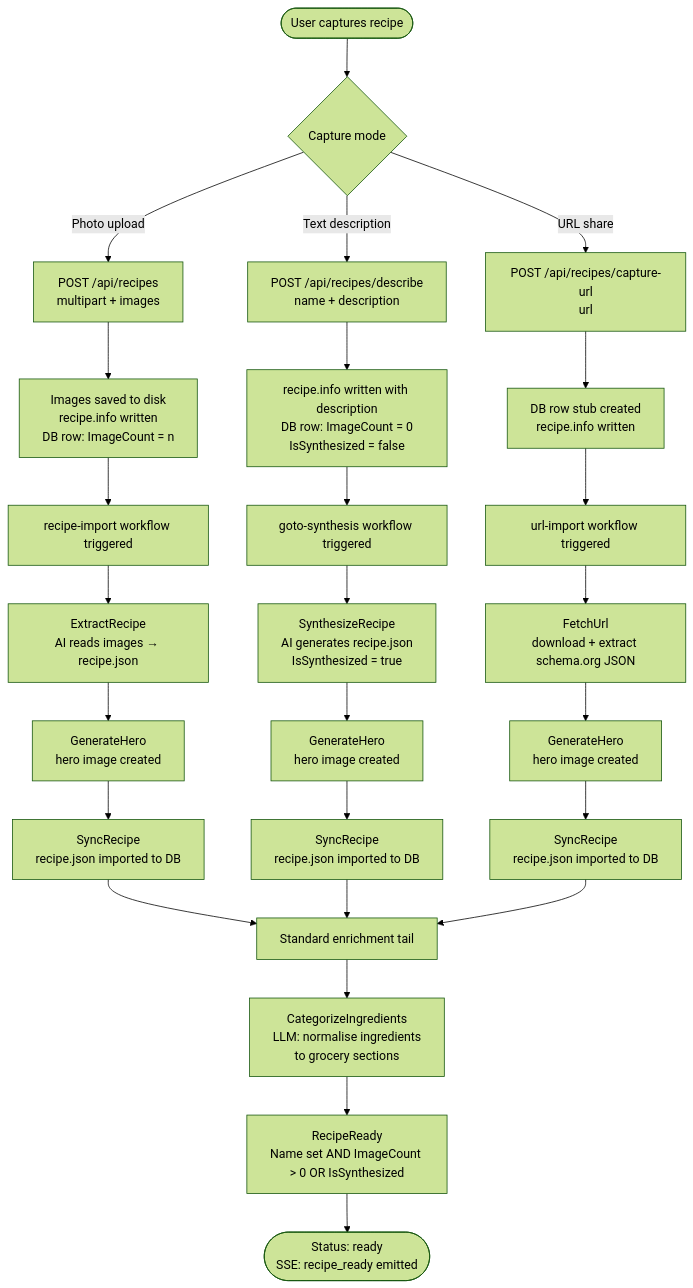
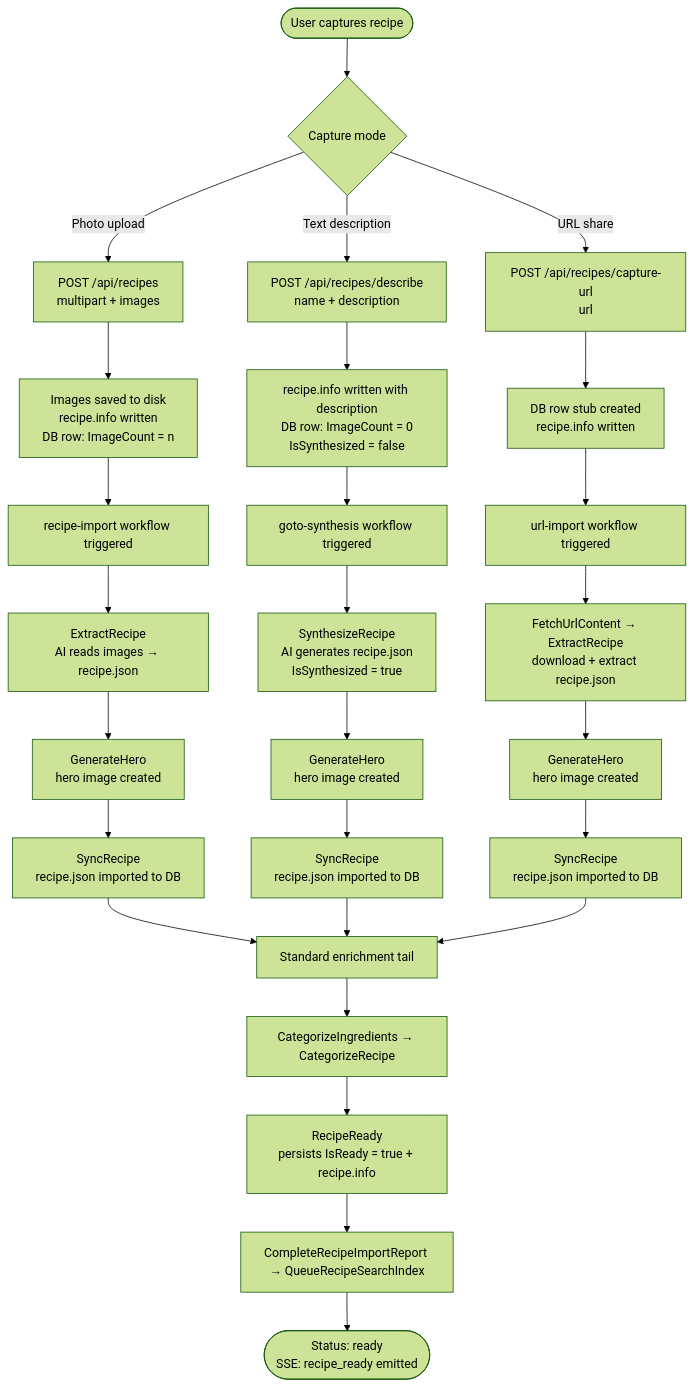
The diagram in docs/flows/data-flows/recipe-readiness.md (AlexandreBrisebois/whats-for-supper), drawn with Mermaid (forest theme) before and after one commit. The commit also changed other lines of this file and 280 other files, not shown here.

````diff
--- a/docs/flows/data-flows/recipe-readiness.md
+++ b/docs/flows/data-flows/recipe-readiness.md
@@ -58,37 +64,38 @@
 ```mermaid
 flowchart TD
     A([User captures recipe]) --> B{Capture mode}
 
     B -->|Photo upload| C[POST /api/recipes\nmultipart + images]
     B -->|Text description| D[POST /api/recipes/describe\nname + description]
     B -->|URL share| E[POST /api/recipes/capture-url\nurl]
 
     C --> C1[Images saved to disk\nrecipe.info written\nDB row: ImageCount = n]
     D --> D1[recipe.info written with description\nDB row: ImageCount = 0\nIsSynthesized = false]
     E --> E1[DB row stub created\nrecipe.info written]
 
     C1 --> G[recipe-import workflow triggered]
     D1 --> H[goto-synthesis workflow triggered]
     E1 --> I[url-import workflow triggered]
 
     G --> G1[ExtractRecipe\nAI reads images → recipe.json]
     G1 --> G2[GenerateHero\nhero image created]
     G2 --> G3[SyncRecipe\nrecipe.json imported to DB]
 
     H --> H1[SynthesizeRecipe\nAI generates recipe.json\nIsSynthesized = true]
     H1 --> H2[GenerateHero\nhero image created]
     H2 --> H3[SyncRecipe\nrecipe.json imported to DB]
 
-    I --> I1[FetchUrl\ndownload + extract schema.org JSON]
+    I --> I1[FetchUrlContent → ExtractRecipe\ndownload + extract recipe.json]
     I1 --> I2[GenerateHero\nhero image created]
     I2 --> I3[SyncRecipe\nrecipe.json imported to DB]
 
     G3 --> TAIL[Standard enrichment tail]
     H3 --> TAIL
     I3 --> TAIL
 
-    TAIL --> T1[CategorizeIngredients\nLLM: normalise ingredients\nto grocery sections]
-    T1 --> T3[RecipeReady\nName set AND ImageCount > 0 OR IsSynthesized]
+    TAIL --> T1[CategorizeIngredients → CategorizeRecipe]
+    T1 --> T3[RecipeReady\npersists IsReady = true + recipe.info]
+    T3 --> T4[CompleteRecipeImportReport → QueueRecipeSearchIndex]
 
-    T3 --> R([Status: ready\nSSE: recipe_ready emitted])
+    T4 --> R([Status: ready\nSSE: recipe_ready emitted])
 ```
````
